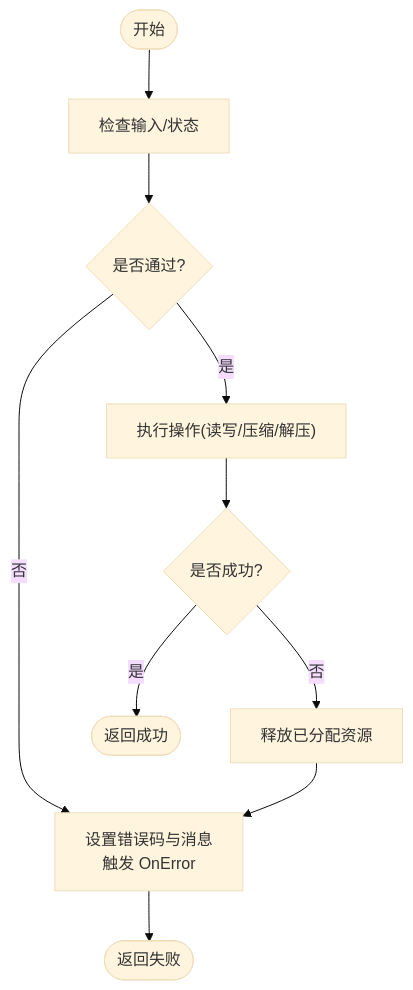
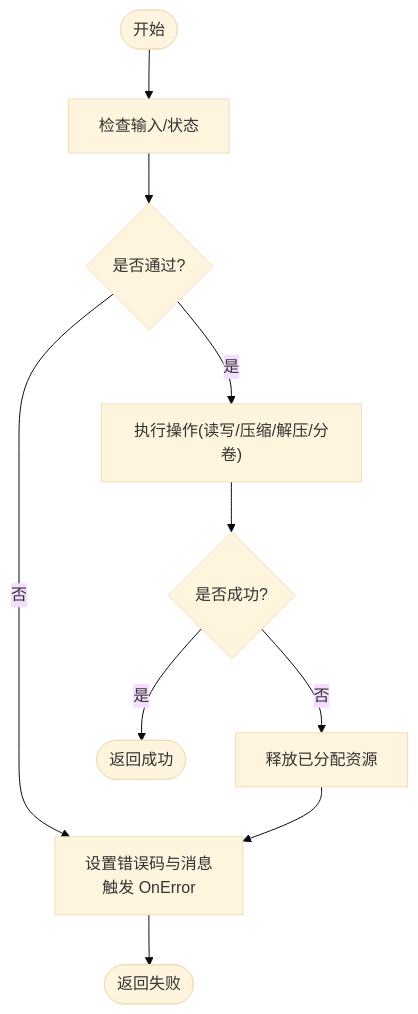
One commit to xywhsoft/xpack changed the third of 5 diagrams in .qoder/repowiki/zh/content/高级功能特性/高级功能特性.md. Above: the diagram before and after it, drawn with Mermaid (base theme). The commit also changed other lines of this file and 42 other files, not shown here.

````diff
--- a/.qoder/repowiki/zh/content/高级功能特性/高级功能特性.md
+++ b/.qoder/repowiki/zh/content/高级功能特性/高级功能特性.md
@@ -167,10 +199,10 @@
 ```mermaid
 flowchart TD
 Start(["开始"]) --> Check["检查输入/状态"]
 Check --> Ok{"是否通过?"}
 Ok --> |否| Error["设置错误码与消息<br/>触发 OnError"] --> Fail(["返回失败"])
-Ok --> |是| Exec["执行操作(读写/压缩/解压)"]
+Ok --> |是| Exec["执行操作(读写/压缩/解压/分卷)"]
 Exec --> Ret{"是否成功?"}
 Ret --> |否| Clean["释放已分配资源"] --> Error
 Ret --> |是| Done(["返回成功"])
 ```
````
